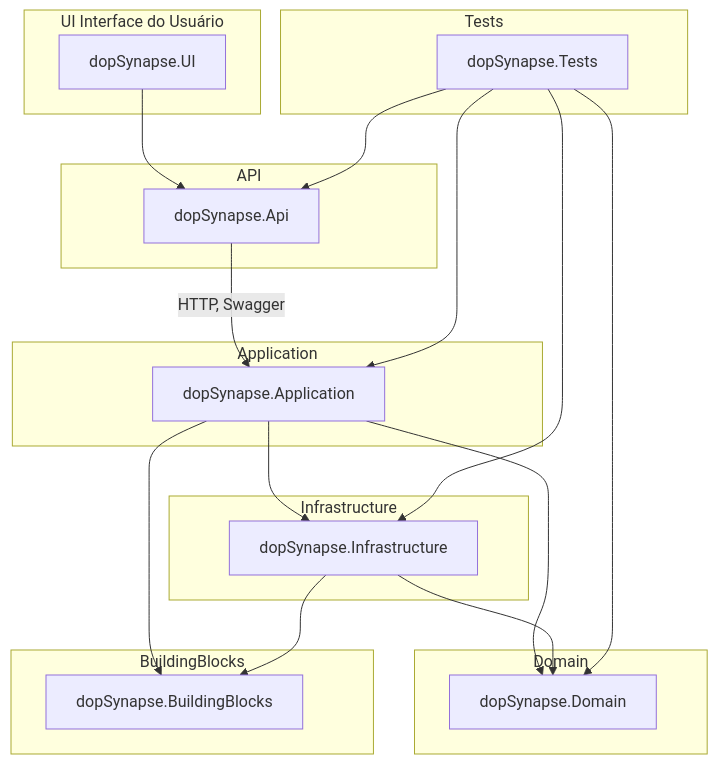
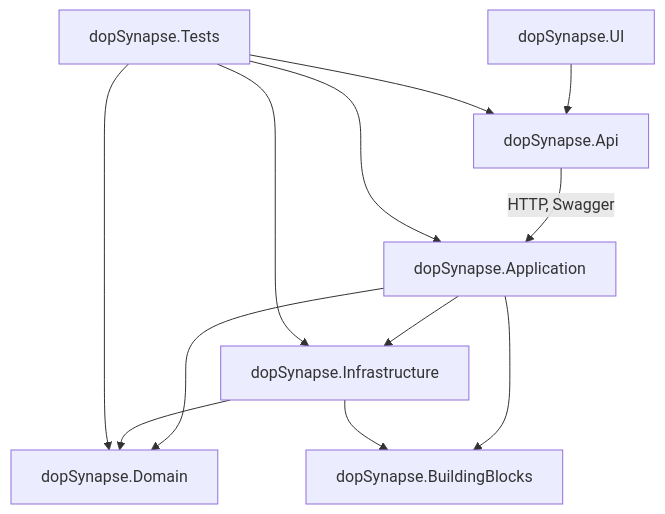
The diagram in README.md (daniloopinheiro/dopSynapse), drawn with Mermaid before and after one commit. The commit also changed other lines of this file, not shown here.

````diff
--- a/README.md
+++ b/README.md
@@ -103,42 +104,14 @@
 ```mermaid
 graph TD
     UI[dopSynapse.UI] --> A[dopSynapse.Api]
     A -->|HTTP, Swagger| B[dopSynapse.Application]
     B --> C[dopSynapse.Domain]
     B --> D[dopSynapse.Infrastructure]
     D --> C
     B --> BB[dopSynapse.BuildingBlocks]
     D --> BB
     E[dopSynapse.Tests] --> A
     E --> B
     E --> C
     E --> D
-
-    subgraph UI Interface do Usuário
-        UI
-    end
-
-    subgraph API
-        A
-    end
-
-    subgraph Application
-        B
-    end
-
-    subgraph Domain
-        C
-    end
-
-    subgraph Infrastructure
-        D
-    end
-
-    subgraph BuildingBlocks
-        BB
-    end
-
-    subgraph Tests
-        E
-    end
 ```
````
